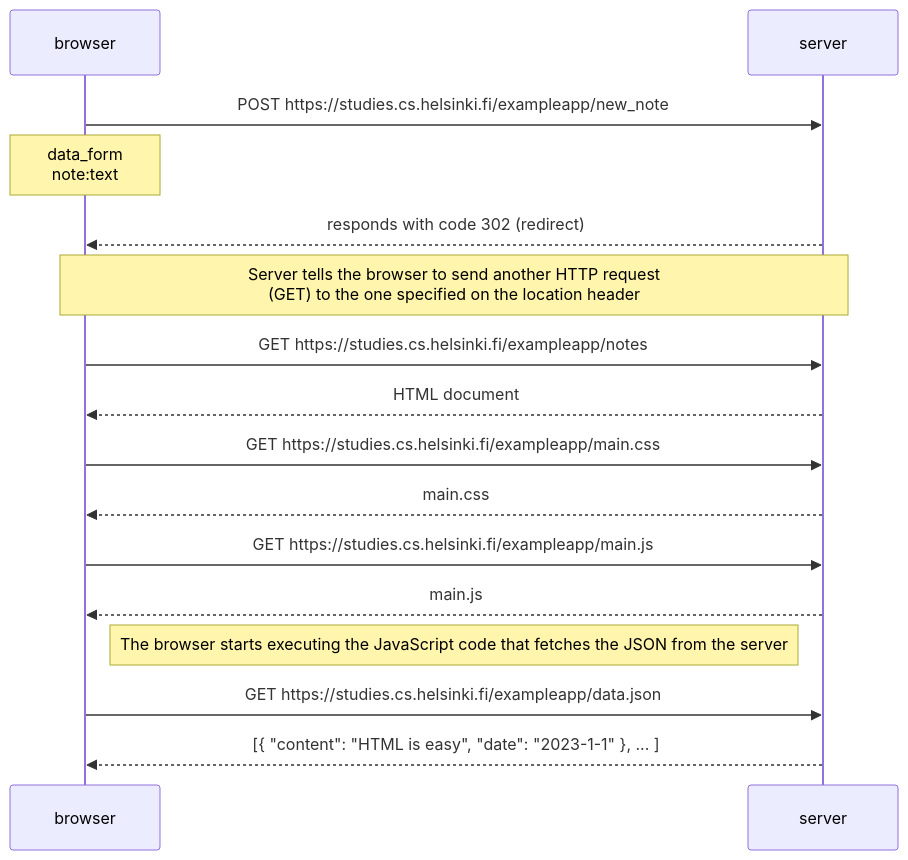
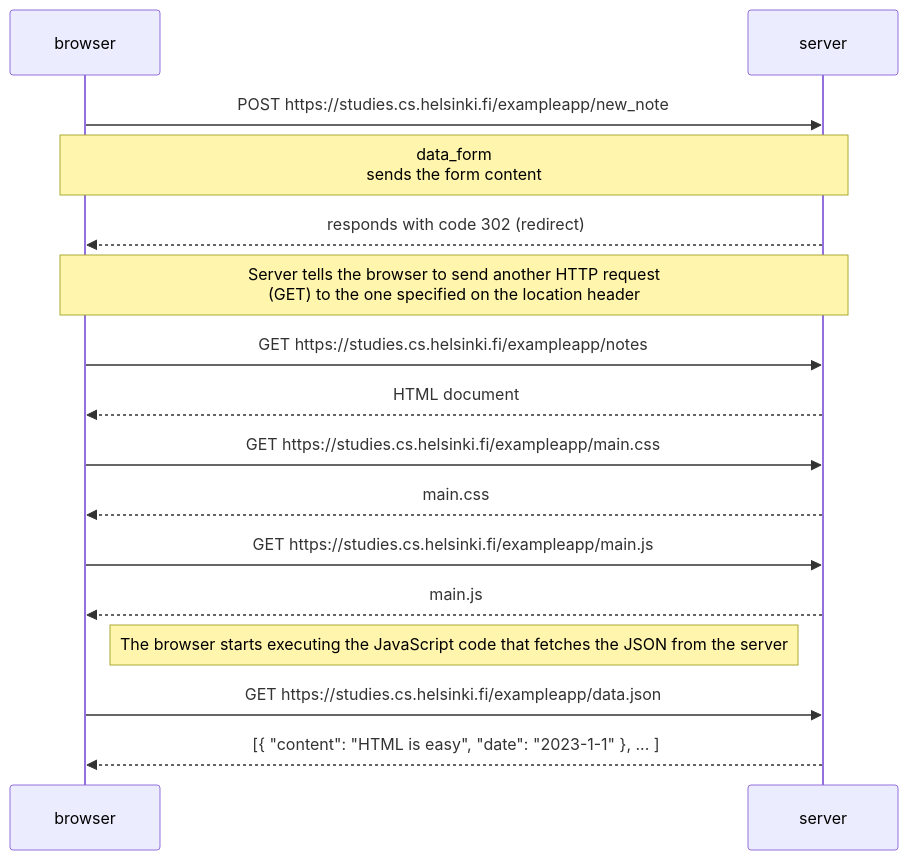
The diagram in part0/exercise_0.4.md (giustiman/fullstack), drawn with Mermaid before and after one commit.

Commit message:
first exercise

````diff
--- a/part0/exercise_0.4.md
+++ b/part0/exercise_0.4.md
@@ -1,18 +1,18 @@
 ``` mermaid
 sequenceDiagram
     participant b as browser
     participant s as server
     b->>s:POST https://studies.cs.helsinki.fi/exampleapp/new_note
-    note over b: data_form<br>note:text
+    note over b,s: data_form<br>sends the form content
     s-->>b:responds with code 302 (redirect)
     note over b,s: Server tells the browser to send another HTTP request <br> (GET) to the one specified on the location header 
     b->>s:GET https://studies.cs.helsinki.fi/exampleapp/notes
     s-->>b:HTML document
     b->>s:GET https://studies.cs.helsinki.fi/exampleapp/main.css
     s-->>b:main.css
     b->>s:GET https://studies.cs.helsinki.fi/exampleapp/main.js
     s-->>b:main.js
     Note right of b: The browser starts executing the JavaScript code that fetches the JSON from the server
     b->>s: GET https://studies.cs.helsinki.fi/exampleapp/data.json
     s-->>b: [{ "content": "HTML is easy", "date": "2023-1-1" }, ... ]
 ```
````
